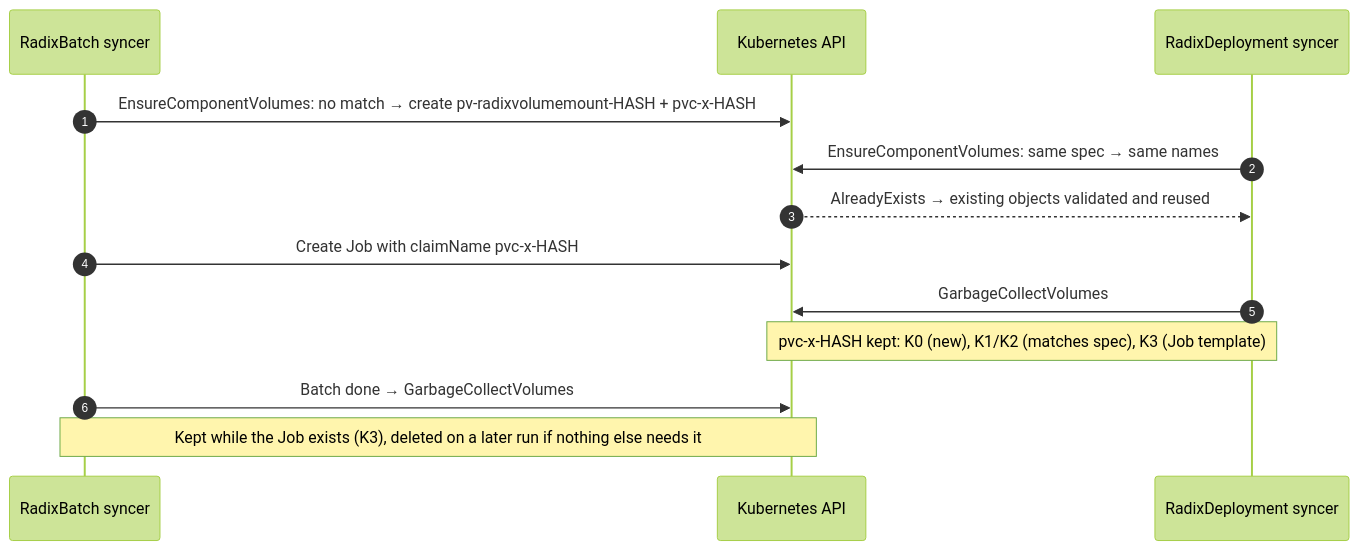
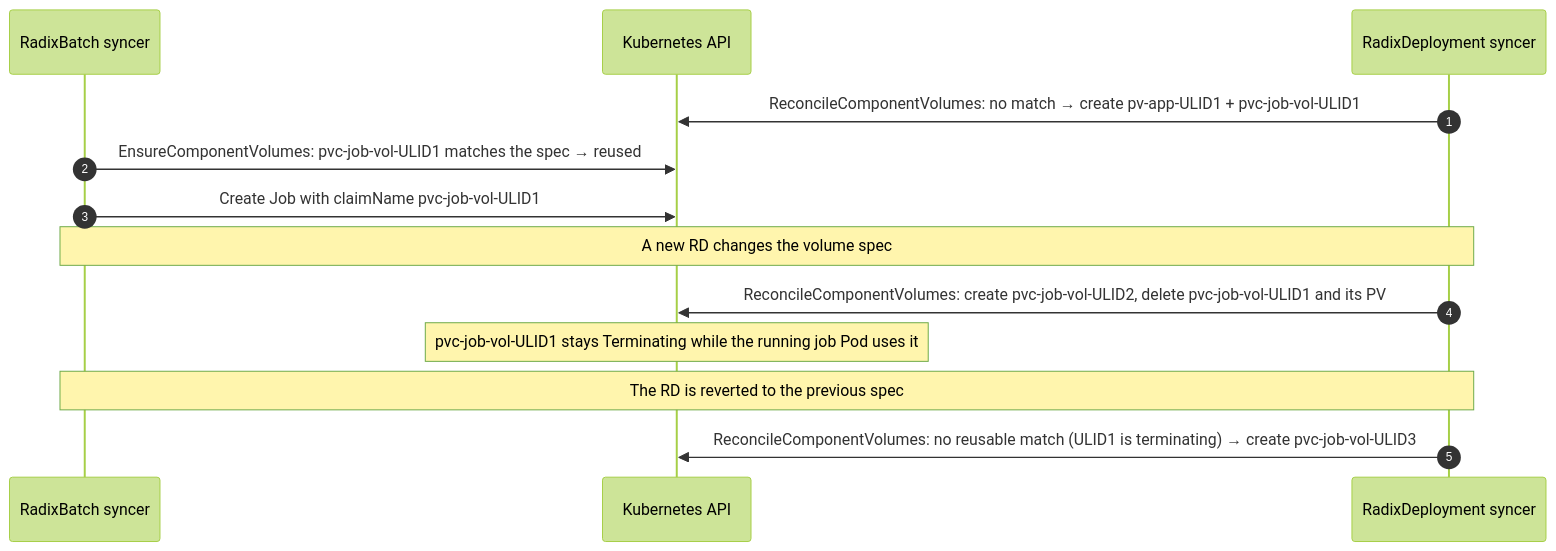
The sixth of 6 diagrams in pkg/apis/volumemount/README.md (equinor/radix-operator), drawn with Mermaid (forest theme) before and after one commit. The commit also changed other lines of this file and 52 other files, not shown here.

Commit message:
feat: refactor reconciliation. simpler GC, random pv/pvc names to avoid conflict

````diff
--- a/pkg/apis/volumemount/README.md
+++ b/pkg/apis/volumemount/README.md
@@ -342,16 +314,16 @@
 ```mermaid
 sequenceDiagram
     autonumber
     participant B as RadixBatch syncer
     participant K as Kubernetes API
     participant D as RadixDeployment syncer
 
-    B->>K: EnsureComponentVolumes: no match → create pv-radixvolumemount-HASH + pvc-x-HASH
-    D->>K: EnsureComponentVolumes: same spec → same names
-    K-->>D: AlreadyExists → existing objects validated and reused
-    B->>K: Create Job with claimName pvc-x-HASH
-    D->>K: GarbageCollectVolumes
-    Note over D,K: pvc-x-HASH kept: K0 (new), K1/K2 (matches spec), K3 (Job template)
-    B->>K: Batch done → GarbageCollectVolumes
-    Note over B,K: Kept while the Job exists (K3), deleted on a later run if nothing else needs it
+    D->>K: ReconcileComponentVolumes: no match → create pv-app-ULID1 + pvc-job-vol-ULID1
+    B->>K: EnsureComponentVolumes: pvc-job-vol-ULID1 matches the spec → reused
+    B->>K: Create Job with claimName pvc-job-vol-ULID1
+    Note over B,D: A new RD changes the volume spec
+    D->>K: ReconcileComponentVolumes: create pvc-job-vol-ULID2, delete pvc-job-vol-ULID1 and its PV
+    Note over K: pvc-job-vol-ULID1 stays Terminating while the running job Pod uses it
+    Note over B,D: The RD is reverted to the previous spec
+    D->>K: ReconcileComponentVolumes: no reusable match (ULID1 is terminating) → create pvc-job-vol-ULID3
 ```
````
